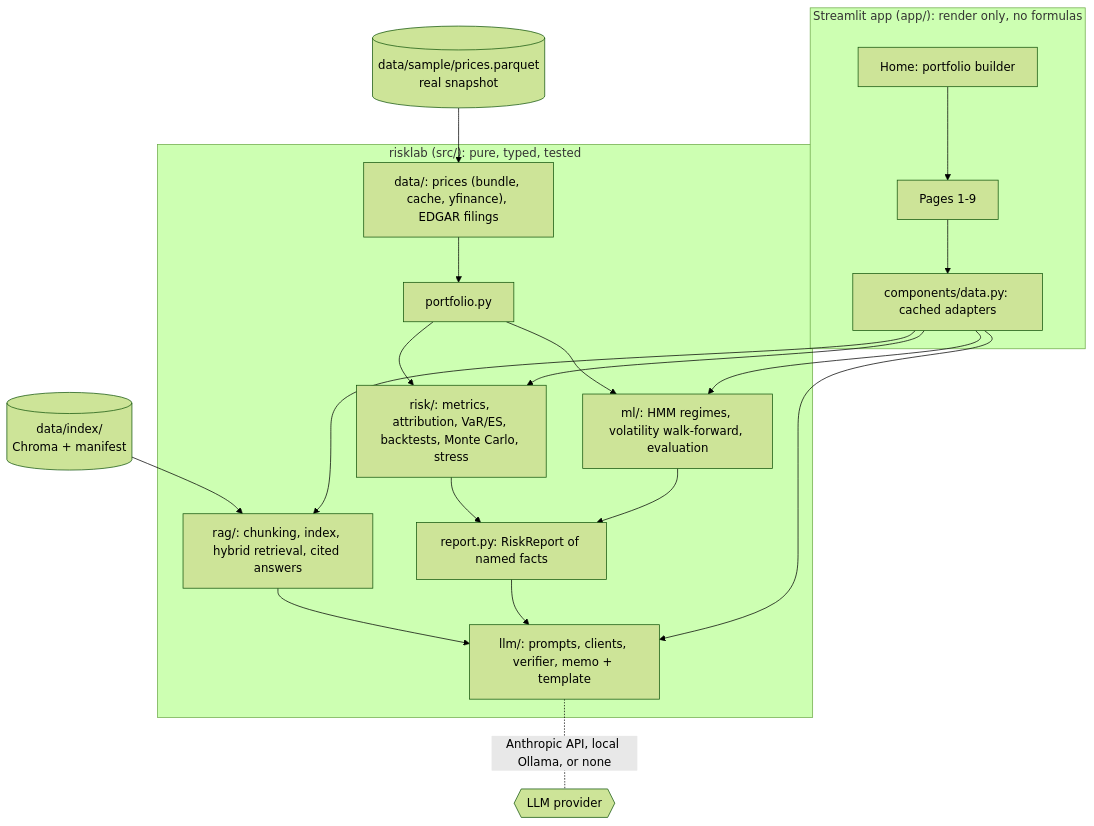
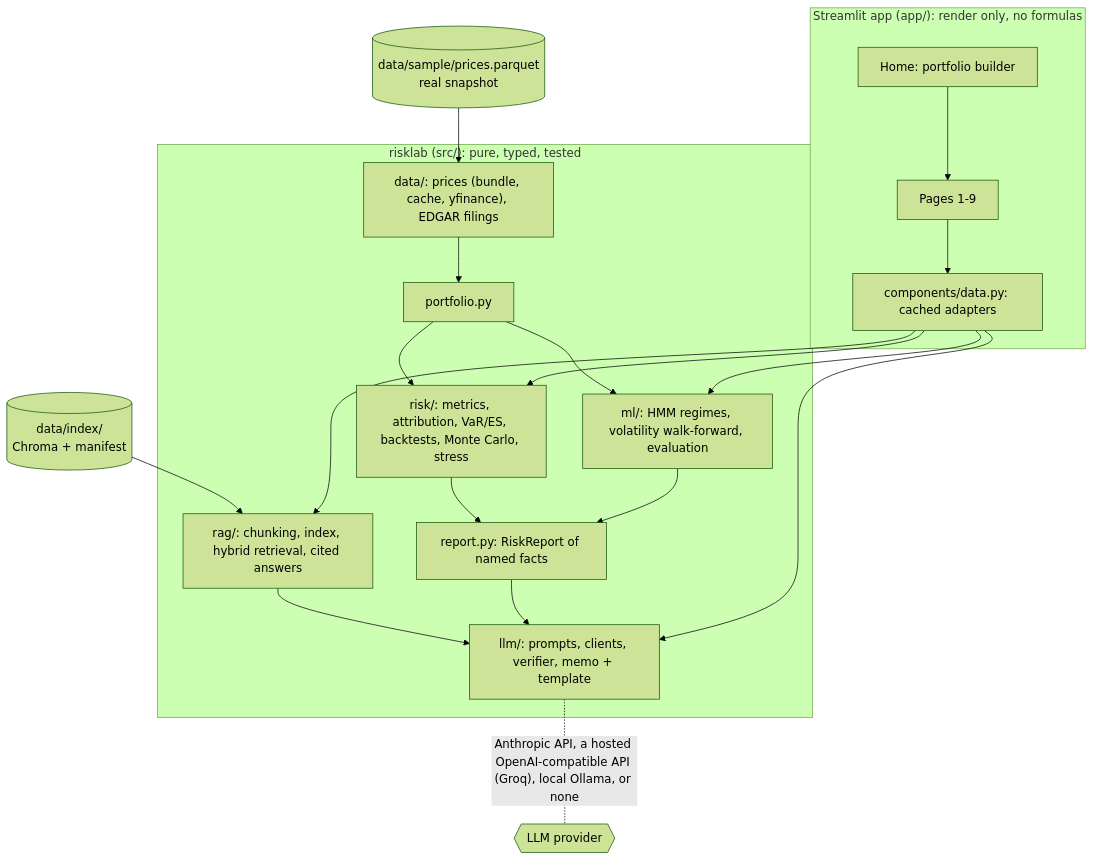
One commit to danielloewinger3-alt/portfolio-risk-lab changed the diagram in README.md. Above: the diagram before and after it, drawn with Mermaid (forest theme). The commit also changed other lines of this file and 10 other files, not shown here.

First line of the commit message:
feat(llm): add an OpenAI-compatible provider (Groq free tier by default)

````diff
--- a/README.md
+++ b/README.md
@@ -35,24 +35,24 @@
 ```mermaid
 flowchart TB
     subgraph app["Streamlit app (app/): render only, no formulas"]
         home["Home: portfolio builder"] --> pages["Pages 1-9"]
         adapters["components/data.py: cached adapters"]
     end
     subgraph core["risklab (src/): pure, typed, tested"]
         data["data/: prices (bundle, cache, yfinance), EDGAR filings"]
         port["portfolio.py"]
         risk["risk/: metrics, attribution, VaR/ES, backtests, Monte Carlo, stress"]
         ml["ml/: HMM regimes, volatility walk-forward, evaluation"]
         rag["rag/: chunking, index, hybrid retrieval, cited answers"]
         report["report.py: RiskReport of named facts"]
         llm["llm/: prompts, clients, verifier, memo + template"]
     end
     bundle[("data/sample/prices.parquet<br/>real snapshot")] --> data
     index[("data/index/<br/>Chroma + manifest")] --> rag
     data --> port --> risk & ml
     risk & ml --> report
     rag --> llm
     report --> llm
     pages --> adapters --> risk & ml & rag & llm
-    llm -. "Anthropic API, local Ollama, or none" .- provider{{LLM provider}}
+    llm -. "Anthropic API, a hosted OpenAI-compatible API (Groq), local Ollama, or none" .- provider{{LLM provider}}
 ```
````
